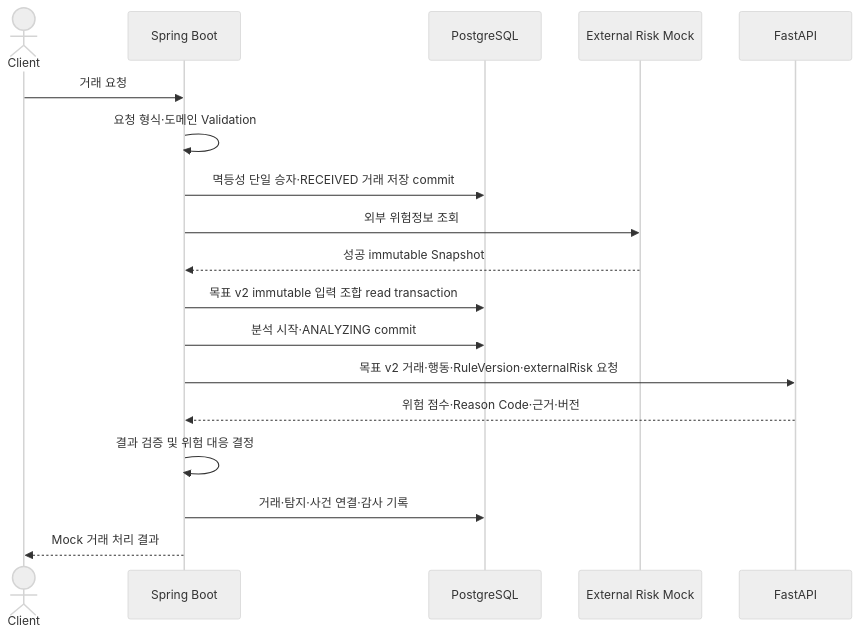
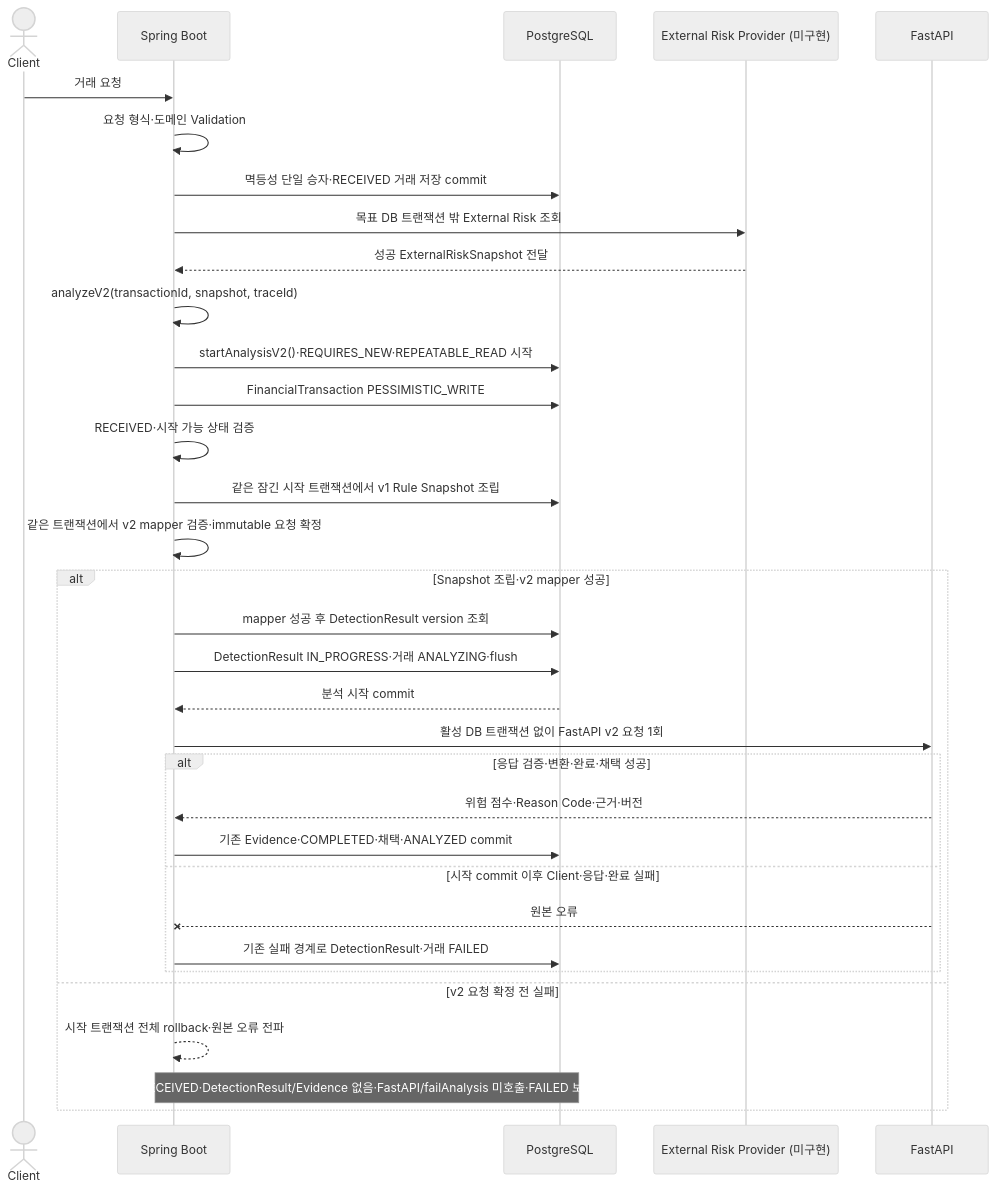
The second of 4 diagrams in docs/02-architecture/system-architecture.md (Ahnjisan/FinGuardOps), drawn with Mermaid (neutral theme) before and after one commit. The commit also changed other lines of this file and 21 other files, not shown here.

````diff
--- a/docs/02-architecture/system-architecture.md
+++ b/docs/02-architecture/system-architecture.md
@@ -639,21 +644,36 @@
 ```mermaid
 sequenceDiagram
     actor Client
     participant Spring as Spring Boot
     participant DB as PostgreSQL
-    participant Risk as External Risk Mock
+    participant Risk as External Risk Provider (미구현)
     participant AI as FastAPI
 
     Client->>Spring: 거래 요청
     Spring->>Spring: 요청 형식·도메인 Validation
     Spring->>DB: 멱등성 단일 승자·RECEIVED 거래 저장 commit
-    Spring->>Risk: 외부 위험정보 조회
-    Risk-->>Spring: 성공 immutable Snapshot
-    Spring->>DB: 목표 v2 immutable 입력 조합 read transaction
-    Spring->>DB: 분석 시작·ANALYZING commit
-    Spring->>AI: 목표 v2 거래·행동·RuleVersion·externalRisk 요청
-    AI-->>Spring: 위험 점수·Reason Code·근거·버전
-    Spring->>Spring: 결과 검증 및 위험 대응 결정
-    Spring->>DB: 거래·탐지·사건 연결·감사 기록
-    Spring-->>Client: Mock 거래 처리 결과
+    Spring->>Risk: 목표 DB 트랜잭션 밖 External Risk 조회
+    Risk-->>Spring: 성공 ExternalRiskSnapshot 전달
+    Spring->>Spring: analyzeV2(transactionId, snapshot, traceId)
+    Spring->>DB: startAnalysisV2()·REQUIRES_NEW·REPEATABLE_READ 시작
+    Spring->>DB: FinancialTransaction PESSIMISTIC_WRITE
+    Spring->>Spring: RECEIVED·시작 가능 상태 검증
+    Spring->>DB: 같은 잠긴 시작 트랜잭션에서 v1 Rule Snapshot 조립
+    Spring->>Spring: 같은 트랜잭션에서 v2 mapper 검증·immutable 요청 확정
+    alt Snapshot 조립·v2 mapper 성공
+        Spring->>DB: mapper 성공 후 DetectionResult version 조회
+        Spring->>DB: DetectionResult IN_PROGRESS·거래 ANALYZING·flush
+        DB-->>Spring: 분석 시작 commit
+        Spring->>AI: 활성 DB 트랜잭션 없이 FastAPI v2 요청 1회
+        alt 응답 검증·변환·완료·채택 성공
+            AI-->>Spring: 위험 점수·Reason Code·근거·버전
+            Spring->>DB: 기존 Evidence·COMPLETED·채택·ANALYZED commit
+        else 시작 commit 이후 Client·응답·완료 실패
+            AI--xSpring: 원본 오류
+            Spring->>DB: 기존 실패 경계로 DetectionResult·거래 FAILED
+        end
+    else v2 요청 확정 전 실패
+        Spring-->>Spring: 시작 트랜잭션 전체 rollback·원본 오류 전파
+        Note over Spring,DB: 거래 RECEIVED·DetectionResult/Evidence 없음·FastAPI/failAnalysis 미호출·FAILED 보정 없음
+    end
 ```
````
